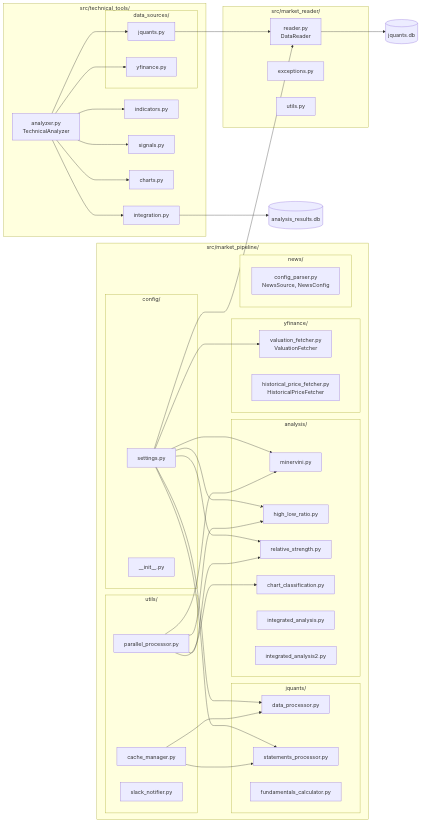
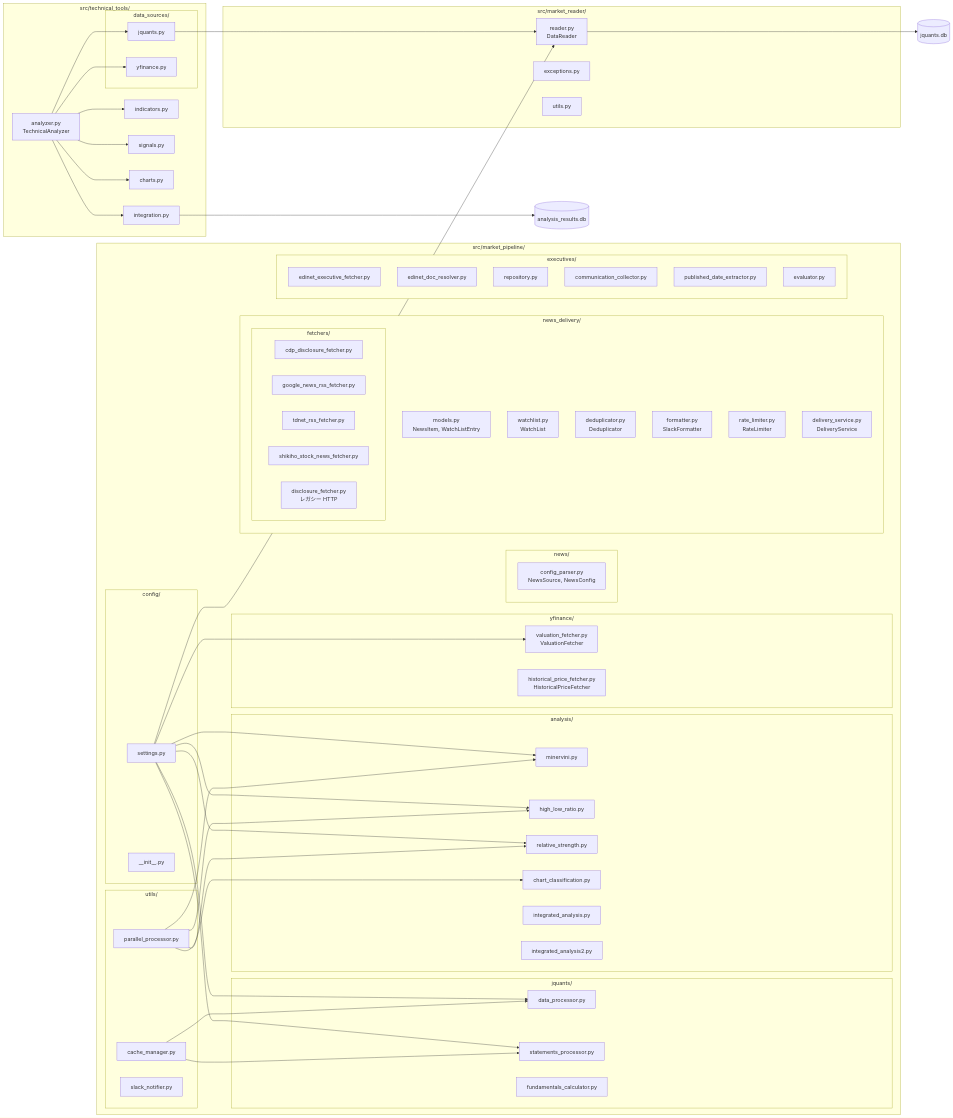
The second of 8 diagrams in docs/core/diagrams.md (aidotters/stock-analysis), drawn with Mermaid before and after one commit. The commit also changed other lines of this file and 47 other files, not shown here.

```diff
--- a/docs/core/diagrams.md
+++ b/docs/core/diagrams.md
@@ -122,6 +149,31 @@
 
         subgraph News["news/"]
             NCP[config_parser.py<br/>NewsSource, NewsConfig]
+        end
+
+        subgraph NewsDelivery["news_delivery/"]
+            NDM[models.py<br/>NewsItem, WatchListEntry]
+            NWL[watchlist.py<br/>WatchList]
+            NDD[deduplicator.py<br/>Deduplicator]
+            NFM[formatter.py<br/>SlackFormatter]
+            NRL[rate_limiter.py<br/>RateLimiter]
+            NDS[delivery_service.py<br/>DeliveryService]
+            subgraph Fetchers["fetchers/"]
+                FCDP[cdp_disclosure_fetcher.py]
+                FGN[google_news_rss_fetcher.py]
+                FTD[tdnet_rss_fetcher.py]
+                FSH[shikiho_stock_news_fetcher.py]
+                FDS[disclosure_fetcher.py<br/>レガシー HTTP]
+            end
+        end
+
+        subgraph Executives["executives/"]
+            XEF[edinet_executive_fetcher.py]
+            XDR[edinet_doc_resolver.py]
+            XRP[repository.py]
+            XCC[communication_collector.py]
+            XPDE[published_date_extractor.py]
+            XEV[evaluator.py]
         end
     end
 
```
